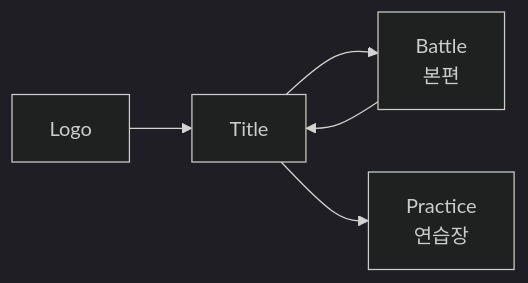
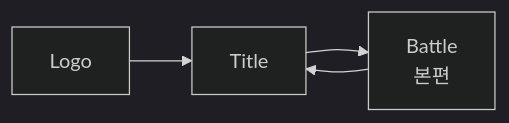
One commit to wjfeowjr/UpgradeAction-Portfolio changed the first of 2 diagrams in README.md. Above: the diagram before and after it, drawn with Mermaid (dark theme). The commit also changed other lines of this file, not shown here.

Commit message:
적용한 설계 패턴 절 추가
ARCHITECTURE 14절 신설. 실제 코드에 적용된 것만, 사용 예시와 함께 정리했다.

객체 관계를 다루는 패턴
- Template Method: Character 추상 클래스가 상태 머신·버프·실드를 갖고
  StateSetting/StateCheck/StateRecovery 를 자식에게 맡긴다.
  플레이어 3종 + 몬스터 21종 + NPC 8종이 공통 로직을 공유한다 (override 130개)
- Singleton: 용도에 따라 두 가지를 만들었다.
  Singleton<T> 는 씬에 배치된 것을 찾고, SingletonMono<T> 는 없으면 만든다.
  God Object 라는 대가도 함께 적었다
- Facade: GameManager 가 서비스로 위임만 하는 창구로 남아,
  내부를 바꾸면서 호출부 293곳을 건드리지 않았다

특정 문제 영역을 위한 구조
- Object Pool: 재사용 규칙과 상태 초기화가 핵심이라는 점,
  이전 상태를 물려받아 생긴 버그와 그것을 고정한 테스트 13개
- MVP: Presenter 를 MonoBehaviour 밖에 두어 테스트 가능하게 한 의도.
  다만 조립하는 관리자가 없어 절반만 적용된 상태임을 명시

제외한 것
- TileFactory: 이름과 달리 생성 책임이 아니라 타일 파괴 연출 담당이다
- 데이터 주도 설계: 패턴이 아니라 설계 방식이므로 3절에서 다룬다

````diff
--- a/README.md
+++ b/README.md
@@ -280,7 +280,6 @@
 ```mermaid
 flowchart LR
     Logo[Logo] --> Title[Title]
     Title --> Battle[Battle<br/>본편]
-    Title --> Practice[Practice<br/>연습장]
     Battle --> Title
 ```
````
